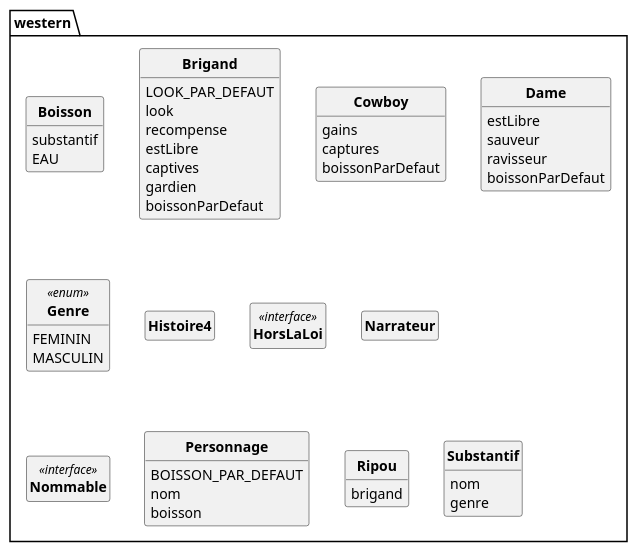
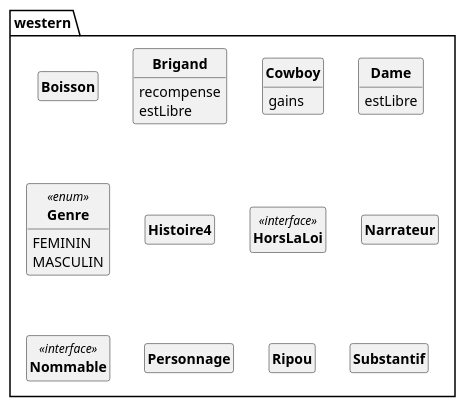
Before and after one commit to DimToups/Java-to-PUML-converter: the diagram in out/production/p21_projet/pumlFromJava/westernClass.puml, drawn with PlantUML. The commit also changed 4 other files, not shown here.

```diff
--- a/out/production/p21_projet/pumlFromJava/westernClass.puml
+++ b/out/production/p21_projet/pumlFromJava/westernClass.puml
@@ -1,72 +1,54 @@
 @startuml
 'https://plantuml.com/class-diagram
 skinparam style strictuml
 skinparam classAttributeIconSize 0
 skinparam classFontStyle Bold
 
 hide empty members
 
 
 package western{
 
 class Boisson{
-	substantif
-	EAU
 
 }
 class Brigand{
-	LOOK_PAR_DEFAUT
-	look
 	recompense
 	estLibre
-	captives
-	gardien
-	boissonParDefaut
 
 }
 class Cowboy{
 	gains
-	captures
-	boissonParDefaut
 
 }
 class Dame{
 	estLibre
-	sauveur
-	ravisseur
-	boissonParDefaut
 
 }
 class Genre <<enum>>{
 	FEMININ
 	MASCULIN
 
 }
 class Histoire4{
 
 }
 class HorsLaLoi <<interface>>{
 
 }
 class Narrateur{
 
 }
 class Nommable <<interface>>{
 
 }
 class Personnage{
-	BOISSON_PAR_DEFAUT
-	nom
-	boisson
 
 }
 class Ripou{
-	brigand
 
 }
 class Substantif{
-	nom
-	genre
 
 }
 @enduml
```
